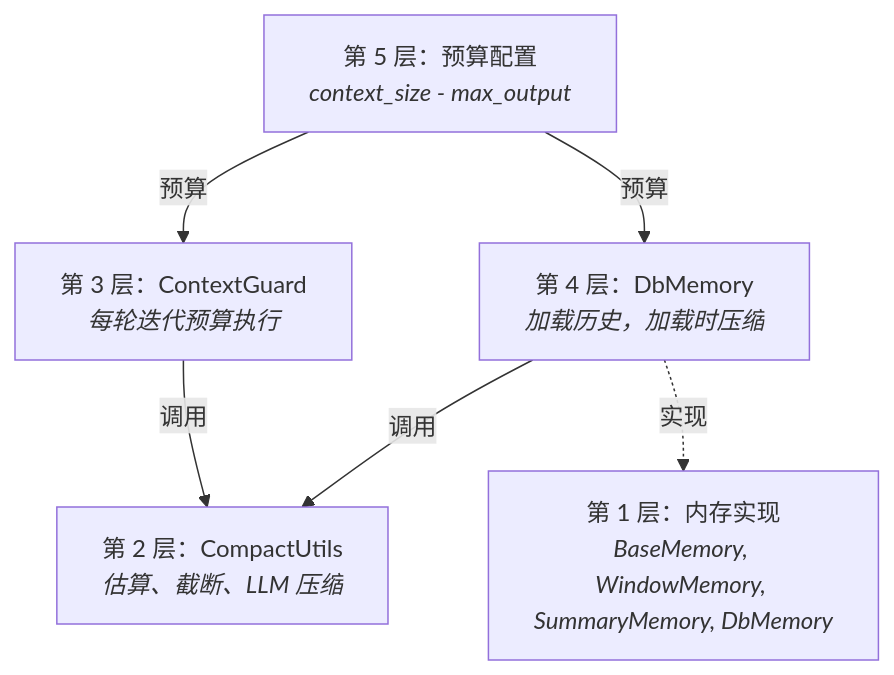
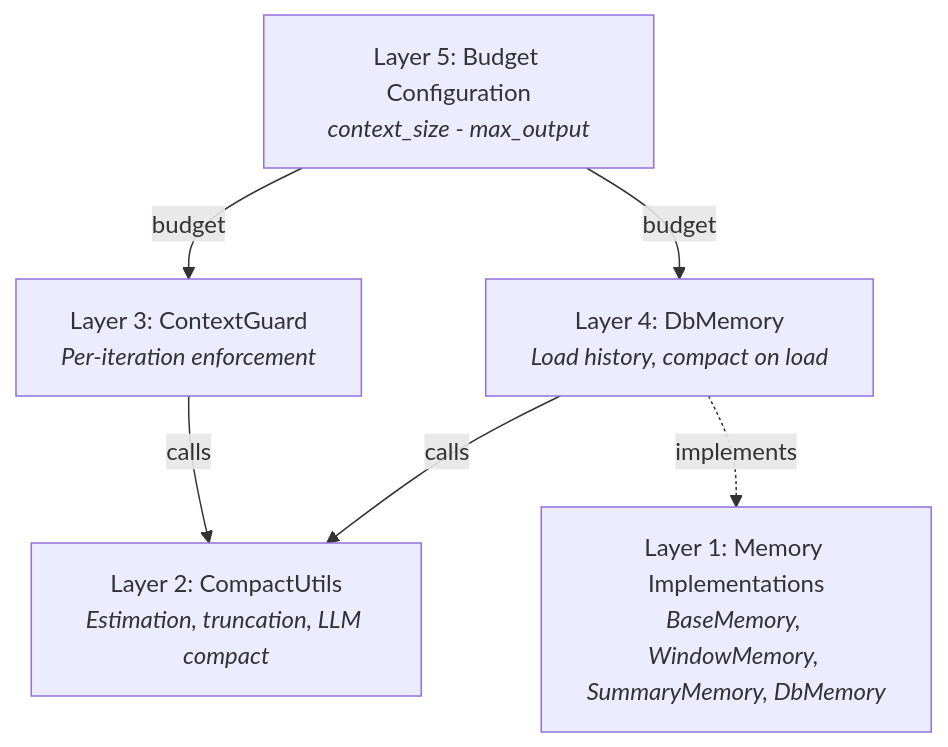
The first of 3 diagrams in docs/zh/architecture/context-management.mdx (fim-ai/fim-agent), drawn with Mermaid before and after one commit. The commit also changed other lines of this file and 5 other files, not shown here.

First line of the commit message:
docs: update context-management mermaid with cycle detection and checklist

````diff
--- a/docs/zh/architecture/context-management.mdx
+++ b/docs/zh/architecture/context-management.mdx
@@ -31,14 +31,14 @@
 ```mermaid
 flowchart TD
-    L5["第 5 层：预算配置<br/><i>context_size - max_output</i>"]
-    L4["第 4 层：DbMemory<br/><i>加载历史，加载时压缩</i>"]
-    L3["第 3 层：ContextGuard<br/><i>每轮迭代预算执行</i>"]
-    L2["第 2 层：CompactUtils<br/><i>估算、截断、LLM 压缩</i>"]
-    L1["第 1 层：内存实现<br/><i>BaseMemory, WindowMemory, SummaryMemory, DbMemory</i>"]
+    L5["Layer 5: Budget Configuration<br/><i>context_size - max_output</i>"]
+    L4["Layer 4: DbMemory<br/><i>Load history, compact on load</i>"]
+    L3["Layer 3: ContextGuard<br/><i>Per-iteration enforcement</i>"]
+    L2["Layer 2: CompactUtils<br/><i>Estimation, truncation, LLM compact</i>"]
+    L1["Layer 1: Memory Implementations<br/><i>BaseMemory, WindowMemory, SummaryMemory, DbMemory</i>"]
 
-    L5 -->|"预算"| L4
-    L5 -->|"预算"| L3
-    L4 -->|"调用"| L2
-    L3 -->|"调用"| L2
-    L4 -.->|"实现"| L1
+    L5 -->|"budget"| L4
+    L5 -->|"budget"| L3
+    L4 -->|"calls"| L2
+    L3 -->|"calls"| L2
+    L4 -.->|"implements"| L1
 ```
````
